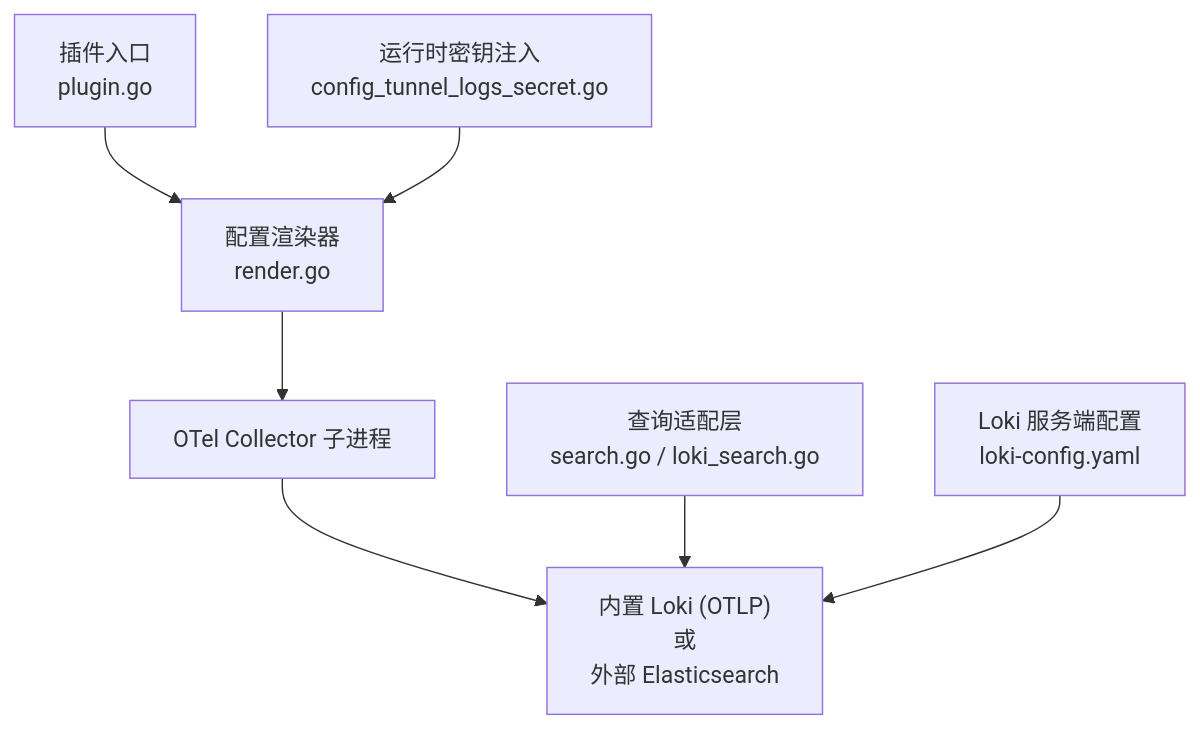
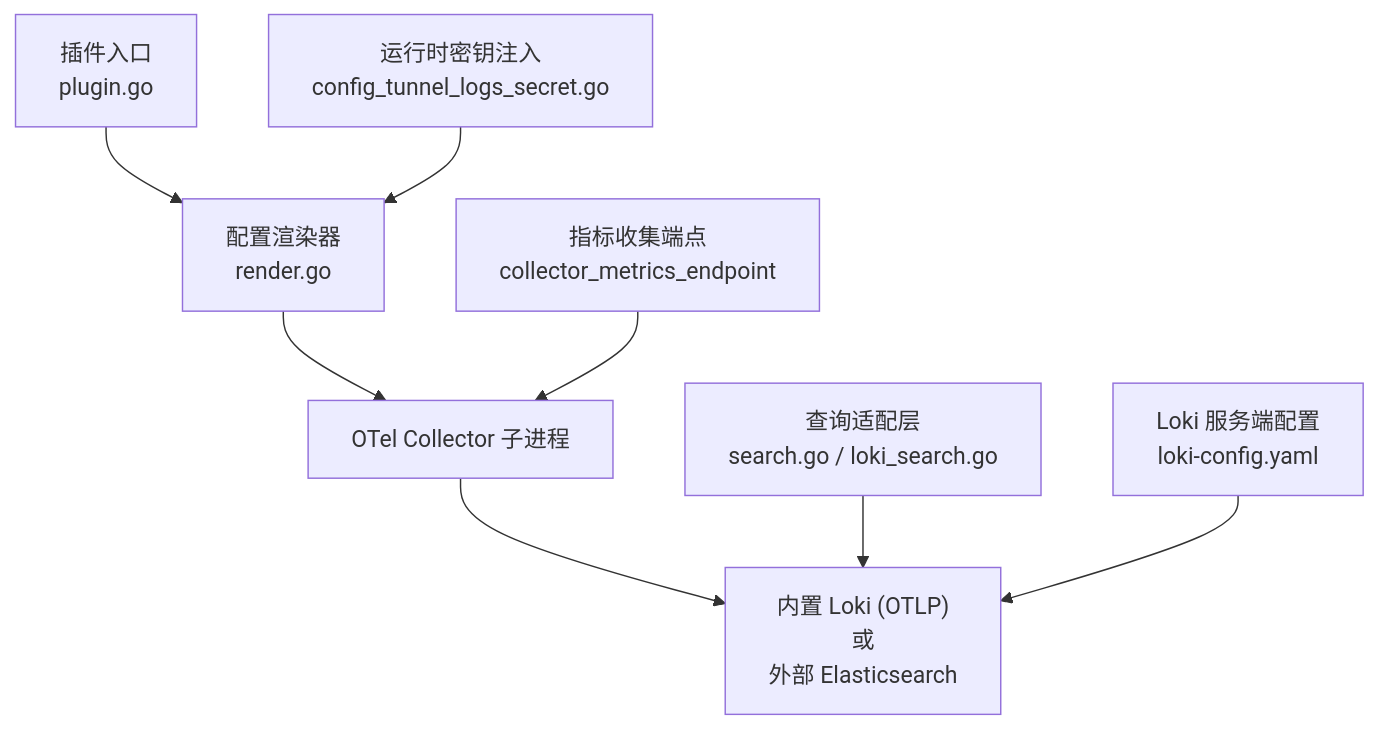
Before and after one commit to xied1133-oss/ongrid: the first of 5 diagrams in .qoder/repowiki/zh/content/架构设计/扩展性设计/插件系统/内置插件详解/日志采集插件.md, drawn with Mermaid. The commit also changed other lines of this file and 30 other files, not shown here.

````diff
--- a/.qoder/repowiki/zh/content/架构设计/扩展性设计/插件系统/内置插件详解/日志采集插件.md
+++ b/.qoder/repowiki/zh/content/架构设计/扩展性设计/插件系统/内置插件详解/日志采集插件.md
@@ -36,9 +47,10 @@
 ```mermaid
 graph TB
 A["插件入口<br/>plugin.go"] --> B["配置渲染器<br/>render.go"]
 B --> C["OTel Collector 子进程"]
 C --> D["内置 Loki (OTLP)<br/>或<br/>外部 Elasticsearch"]
 E["运行时密钥注入<br/>config_tunnel_logs_secret.go"] --> B
 F["查询适配层<br/>search.go / loki_search.go"] --> D
 G["Loki 服务端配置<br/>loki-config.yaml"] --> D
+H["指标收集端点<br/>collector_metrics_endpoint"] --> C
 ```
````
